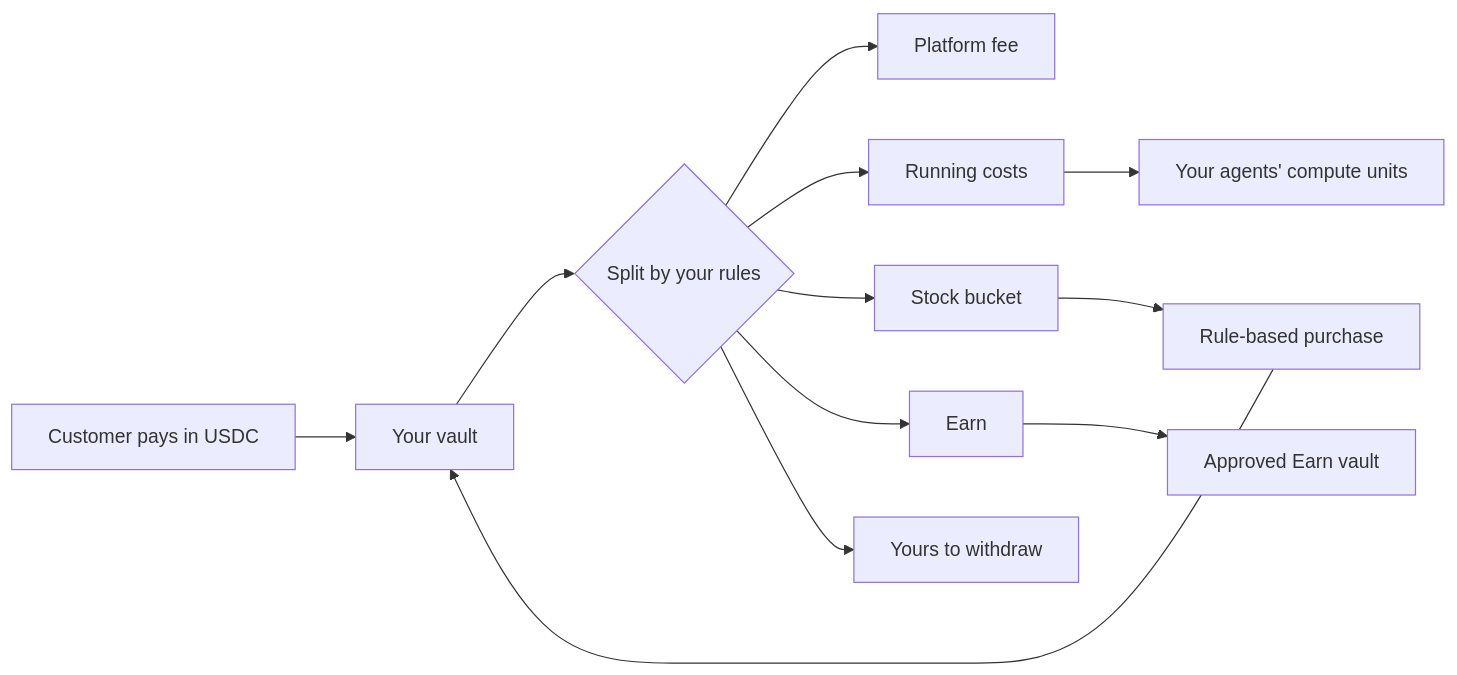
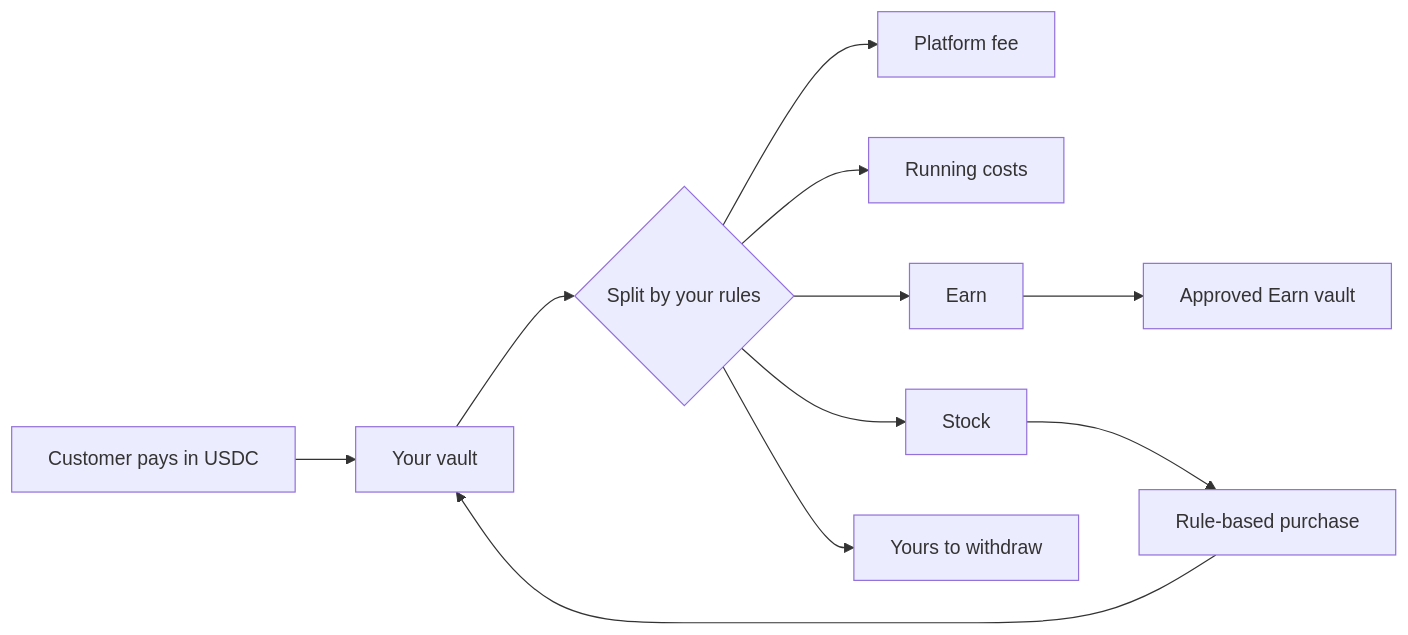
One commit to TheOwnflow/docs changed the diagram in how-it-works.mdx. Above: the diagram before and after it, drawn with Mermaid. The commit also changed other lines of this file and 32 other files, not shown here.

````diff
--- a/how-it-works.mdx
+++ b/how-it-works.mdx
@@ -15,14 +13,13 @@
 ```mermaid
 flowchart LR
   A[Customer pays in USDC] --> B[Your vault]
   B --> C{Split by your rules}
   C --> D[Platform fee]
   C --> E[Running costs]
-  C --> F[Stock bucket]
+  C --> F[Stock]
   C --> G[Earn]
   C --> H[Yours to withdraw]
   F --> I[Rule-based purchase]
   I --> B
   G --> J[Approved Earn vault]
-  E --> K[Your agents' compute units]
 ```
````
